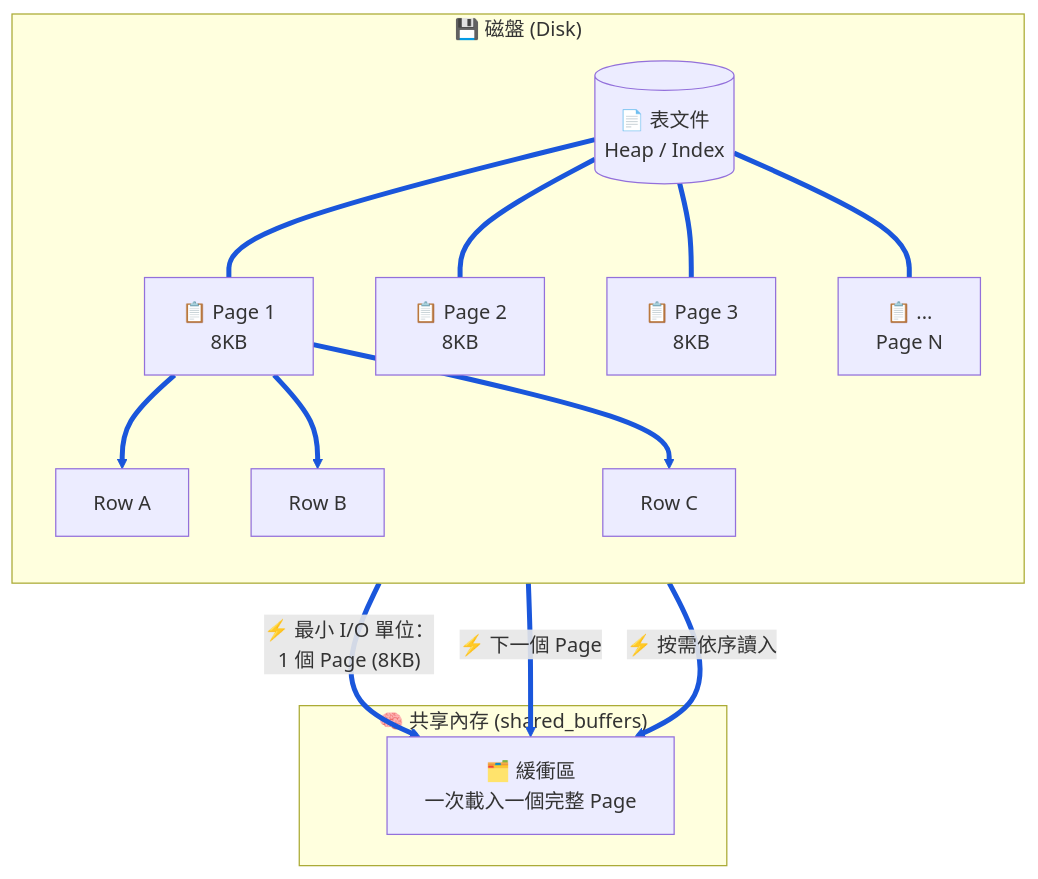
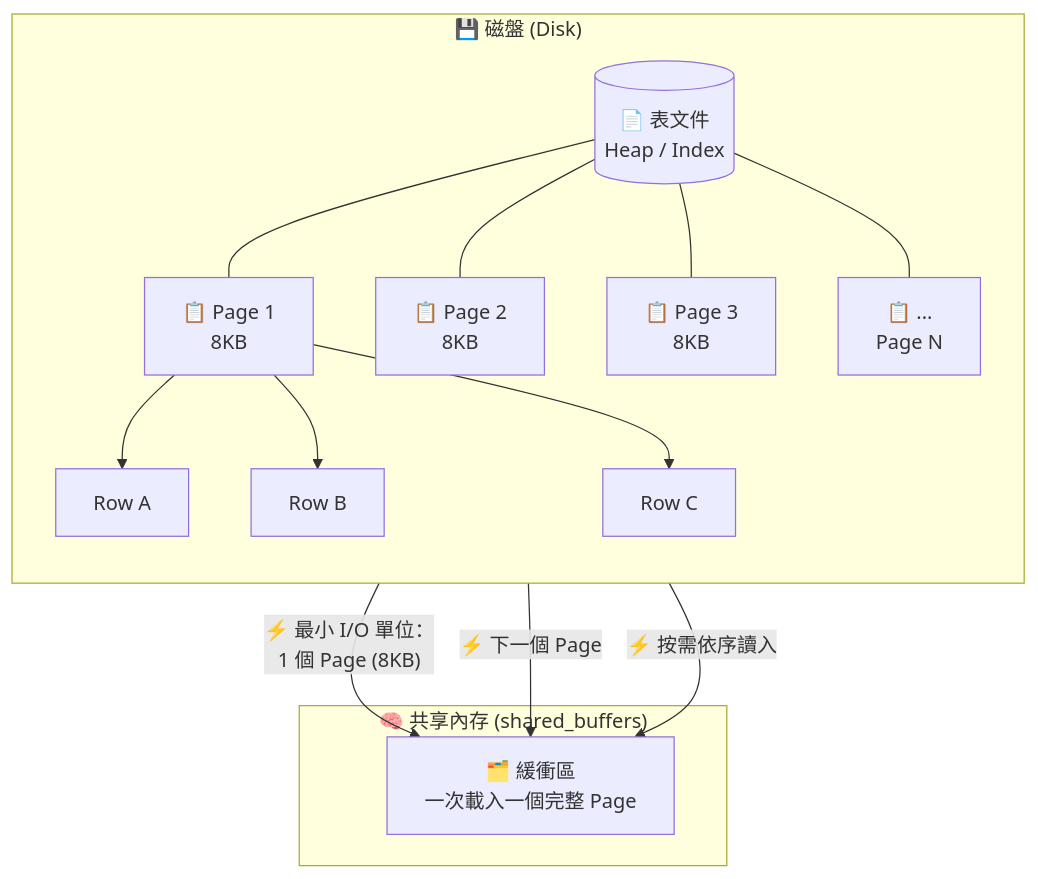
The third of 5 diagrams in index/PostgreSQL_Index_Full.md (henry-tpwong/postgresql_note), drawn with Mermaid before and after one commit.

Commit message:
fix(index): 修復 Block=Page Mermaid 圖 GitHub 不相容問題
- graph TB 改為 flowchart TD（新版語法）
- 移除 linkStyle（GitHub 不支援）

````diff
--- a/index/PostgreSQL_Index_Full.md
+++ b/index/PostgreSQL_Index_Full.md
@@ -577,30 +577,28 @@
 ```mermaid
-graph TB
+flowchart TD
     subgraph Disk ["💾 磁盤 (Disk)"]
         direction TB
         Table[(📄 表文件<br/>Heap / Index)]
         Page1[📋 Page 1<br/>8KB]
         Page2[📋 Page 2<br/>8KB]
         Page3[📋 Page 3<br/>8KB]
         PageX[📋 ...<br/>Page N]
-        
+
         Table --- Page1
         Table --- Page2
         Table --- Page3
         Table --- PageX
-        
+
         Page1 --> Row1[Row A]
         Page1 --> Row2[Row B]
         Page1 --> Row3[Row C]
     end
 
     subgraph Memory ["🧠 共享內存 (shared_buffers)"]
         Buffer[🗂️ 緩衝區<br/>一次載入一個完整 Page]
     end
 
     Page1 -->|"⚡ 最小 I/O 單位：<br/>1 個 Page (8KB)"| Buffer
     Page2 -->|"⚡ 下一個 Page"| Buffer
     Page3 -->|"⚡ 按需依序讀入"| Buffer
-
-    linkStyle default stroke:#1a56db,stroke-width:4px
 ```
````
